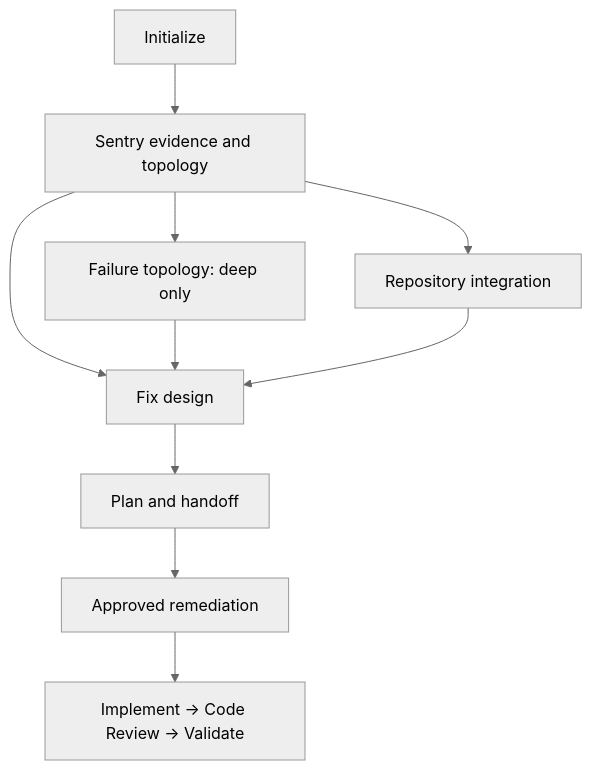
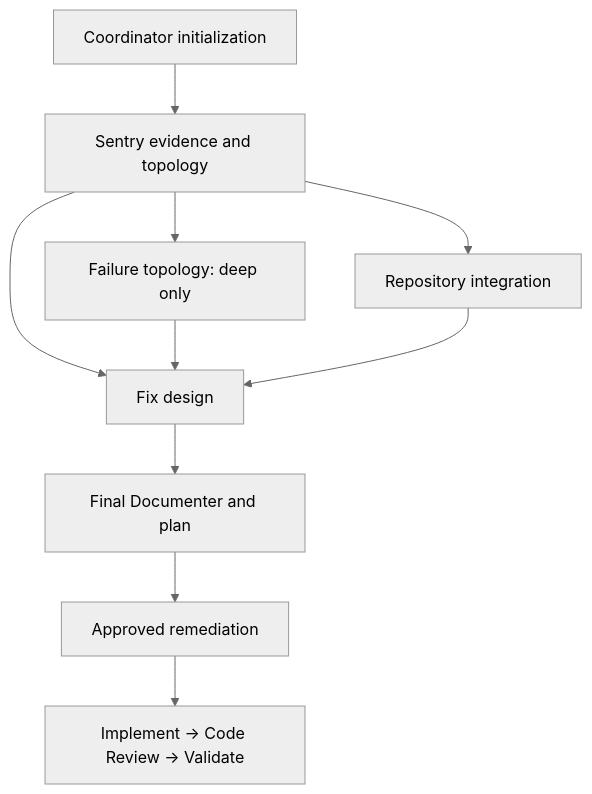
One commit to daniel-galvan/ai-engineering-workflow-framework changed the fourth of 5 diagrams in PLAYBOOK_CATALOG.md. Above: the diagram before and after it, drawn with Mermaid (neutral theme). The commit also changed other lines of this file and 22 other files, not shown here.

````diff
--- a/PLAYBOOK_CATALOG.md
+++ b/PLAYBOOK_CATALOG.md
@@ -93,12 +94,12 @@
 ```mermaid
 flowchart TB
-    A["Initialize"] --> B["Sentry evidence and topology"]
+    A["Coordinator initialization"] --> B["Sentry evidence and topology"]
     B --> C["Failure topology: deep only"]
     B --> D["Repository integration"]
     B --> E["Fix design"]
     C --> E
     D --> E
-    E --> F["Plan and handoff"]
+    E --> F["Final Documenter and plan"]
     F --> G["Approved remediation"]
     G --> H["Implement → Code Review → Validate"]
 ```
````
